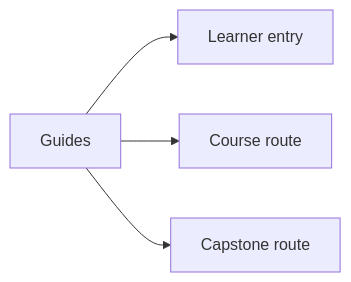
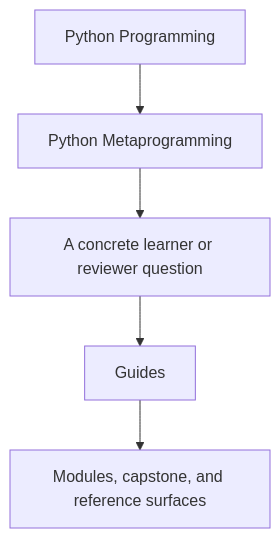
One commit to bijux/bijux-masterclass changed the first of 2 diagrams in programs/python-programming/python-meta-programming/course-book/guides/index.md. Above: the diagram before and after it, drawn with Mermaid. The commit also changed other lines of this file and 3 other files, not shown here.

Commit message:
docs(python-meta-programming): reframe course-book entry diagrams

````diff
--- a/programs/python-programming/python-meta-programming/course-book/guides/index.md
+++ b/programs/python-programming/python-meta-programming/course-book/guides/index.md
@@ -6,11 +6,7 @@
 ```mermaid
-graph LR
-  guides["Guides"]
-  entry["Learner entry"]
-  route["Course route"]
-  capstone["Capstone route"]
-
-  guides --> entry
-  guides --> route
-  guides --> capstone
+flowchart TD
+  family["Python Programming"] --> program["Python Metaprogramming"]
+  program --> pressure["A concrete learner or reviewer question"]
+  pressure --> guide["Guides"]
+  guide --> next["Modules, capstone, and reference surfaces"]
 ```
````
